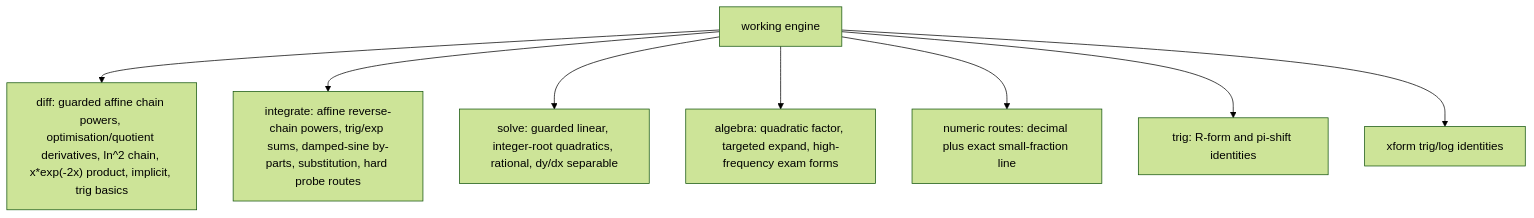
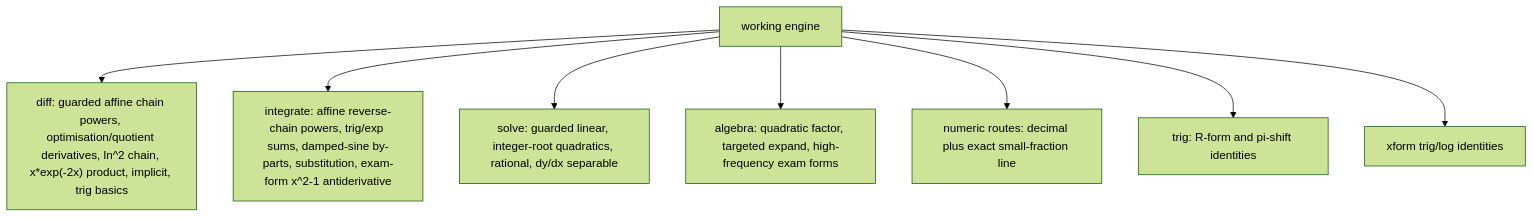
Before and after one commit to james8464/notes-addin-casio-fx-cg50: the third of 6 diagrams in docs/GRAPH.md, drawn with Mermaid (forest theme). The commit also changed other lines of this file and 4 other files, not shown here.

````diff
--- a/docs/GRAPH.md
+++ b/docs/GRAPH.md
@@ -34,10 +36,10 @@
 ```mermaid
 graph TD
   Work["working engine"] --> Diff["diff: guarded affine chain powers, optimisation/quotient derivatives, ln^2 chain, x*exp(-2x) product, implicit, trig basics"]
-  Work --> Int["integrate: affine reverse-chain powers, trig/exp sums, damped-sine by-parts, substitution, hard probe routes"]
+  Work --> Int["integrate: affine reverse-chain powers, trig/exp sums, damped-sine by-parts, substitution, exam-form x^2-1 antiderivative"]
   Work --> Solve["solve: guarded linear, integer-root quadratics, rational, dy/dx separable"]
   Work --> Alg["algebra: quadratic factor, targeted expand, high-frequency exam forms"]
   Work --> Num["numeric routes: decimal plus exact small-fraction line"]
   Work --> Trig["trig: R-form and pi-shift identities"]
   Work --> Xform["xform trig/log identities"]
 ```
````
